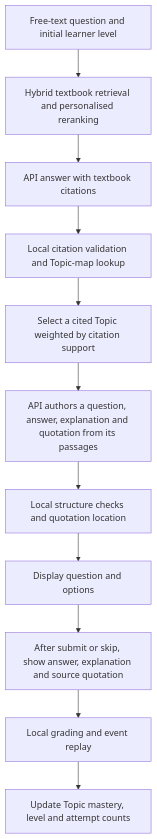
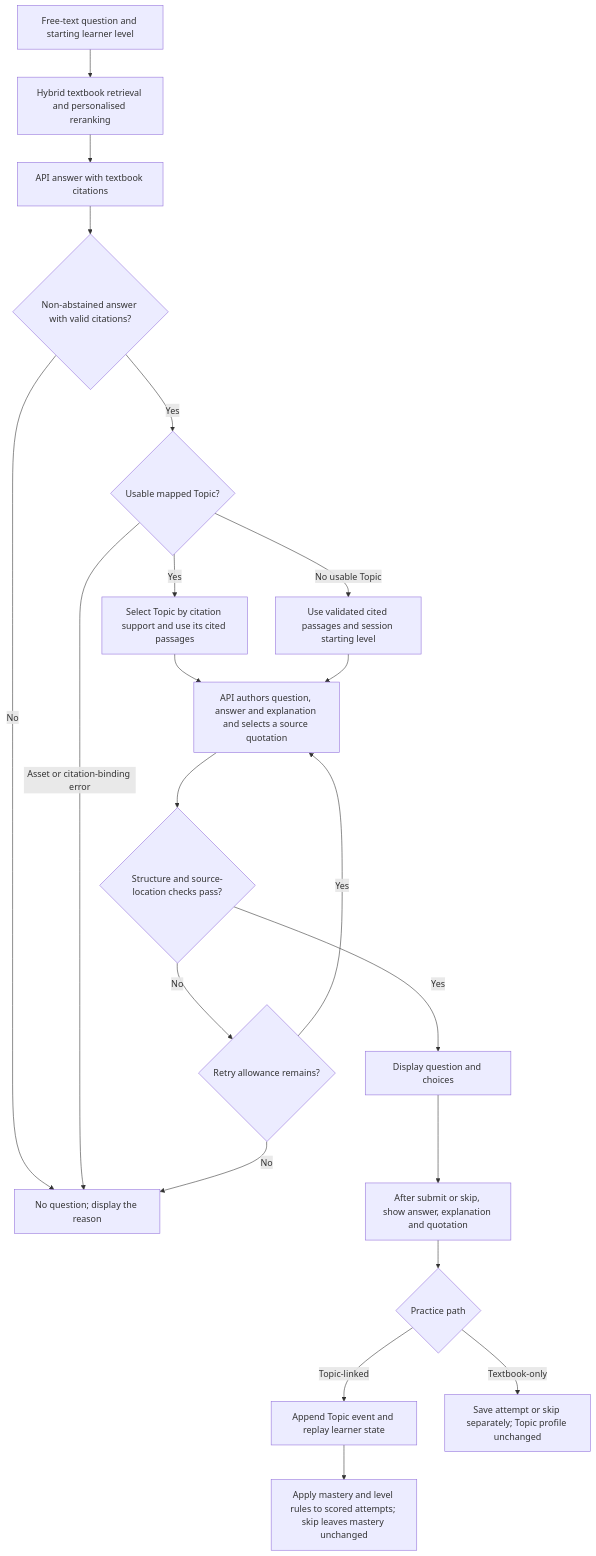
One commit to yshe0376/cs30-personalised-rag changed the diagram in docs/superpowers/specs/2026-10-28-api-learning-demo-design.md. Above: the diagram before and after it, drawn with Mermaid. The commit also changed other lines of this file and 52 other files, not shown here.

First line of the commit message:
feat(ui): integrate M8 demo with textbook-grounded online Concept Checks (#219)

````diff
--- a/docs/superpowers/specs/2026-10-28-api-learning-demo-design.md
+++ b/docs/superpowers/specs/2026-10-28-api-learning-demo-design.md
@@ -23,13 +44,23 @@
 ```mermaid
 flowchart TD
-    A[Free-text question and initial learner level] --> B[Hybrid textbook retrieval and personalised reranking]
+    A[Free-text question and starting learner level] --> B[Hybrid textbook retrieval and personalised reranking]
     B --> C[API answer with textbook citations]
-    C --> D[Local citation validation and Topic-map lookup]
-    D --> E[Select a cited Topic weighted by citation support]
-    E --> F[API authors a question, answer, explanation and quotation from its passages]
-    F --> G[Local structure checks and quotation location]
-    G --> H[Display question and options]
-    H --> I[After submit or skip, show answer, explanation and source quotation]
-    I --> J[Local grading and event replay]
-    J --> K[Update Topic mastery, level and attempt counts]
+    C --> D{Non-abstained answer with valid citations?}
+    D -- No --> X[No question; display the reason]
+    D -- Yes --> E{Usable mapped Topic?}
+    E -- Yes --> T[Select Topic by citation support and use its cited passages]
+    E -- No usable Topic --> P[Use validated cited passages and session starting level]
+    E -- Asset or citation-binding error --> X
+    T --> F[API authors question, answer and explanation and selects a source quotation]
+    P --> F
+    F --> G{Structure and source-location checks pass?}
+    G -- Yes --> H[Display question and choices]
+    G -- No --> R{Retry allowance remains?}
+    R -- Yes --> F
+    R -- No --> X
+    H --> I[After submit or skip, show answer, explanation and quotation]
+    I --> J{Practice path}
+    J -- Topic-linked --> K[Append Topic event and replay learner state]
+    K --> L[Apply mastery and level rules to scored attempts; skip leaves mastery unchanged]
+    J -- Textbook-only --> M[Save attempt or skip separately; Topic profile unchanged]
 ```
````
